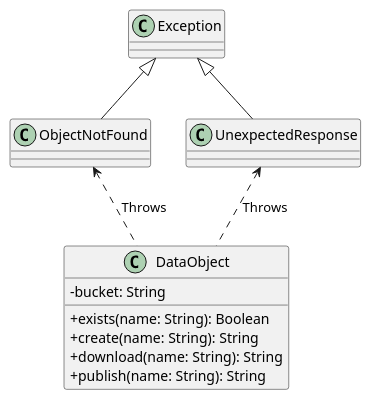
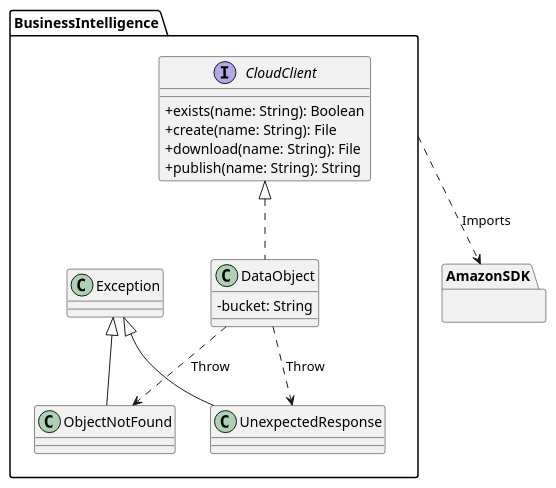
Before and after one commit to CPNV-ES-BI/BI_ELIXIR_AWS: the diagram in docs/class_diagrams/data_object.puml, drawn with PlantUML.

Commit message:
Descript AWS SDK as a package dependency in class diagram

```diff
--- a/docs/class_diagrams/data_object.puml
+++ b/docs/class_diagrams/data_object.puml
@@ -1,22 +1,32 @@
 @startuml DataObject
 skinparam classAttributeIconSize 0
-class DataObject {
- -bucket: String
+package BusinessIntelligence {
+    interface CloudClient {
+     +exists(name: String): Boolean
+     +create(name: String): File
+     +download(name: String): File
+     +publish(name: String): String
+    }
 
- +exists(name: String): Boolean
- +create(name: String): String
- +download(name: String): String
- +publish(name: String): String
+    class DataObject {
+     -bucket: String
+    }
+
+    class Exception
+    class ObjectNotFound
+    class UnexpectedResponse
+
+    CloudClient <|.. DataObject
+
+    Exception <|-- ObjectNotFound
+    Exception <|-- UnexpectedResponse
+
+    DataObject ..> ObjectNotFound: Throw
+    DataObject ..> UnexpectedResponse: Throw
 }
 
-class Exception
-class ObjectNotFound
-class UnexpectedResponse
+package AmazonSDK {}
 
-Exception <|-- ObjectNotFound
-Exception <|-- UnexpectedResponse
-
-ObjectNotFound <.. DataObject: Throws
-UnexpectedResponse <.. DataObject: Throws
+BusinessIntelligence ..> AmazonSDK: Imports
 
 @enduml
```
